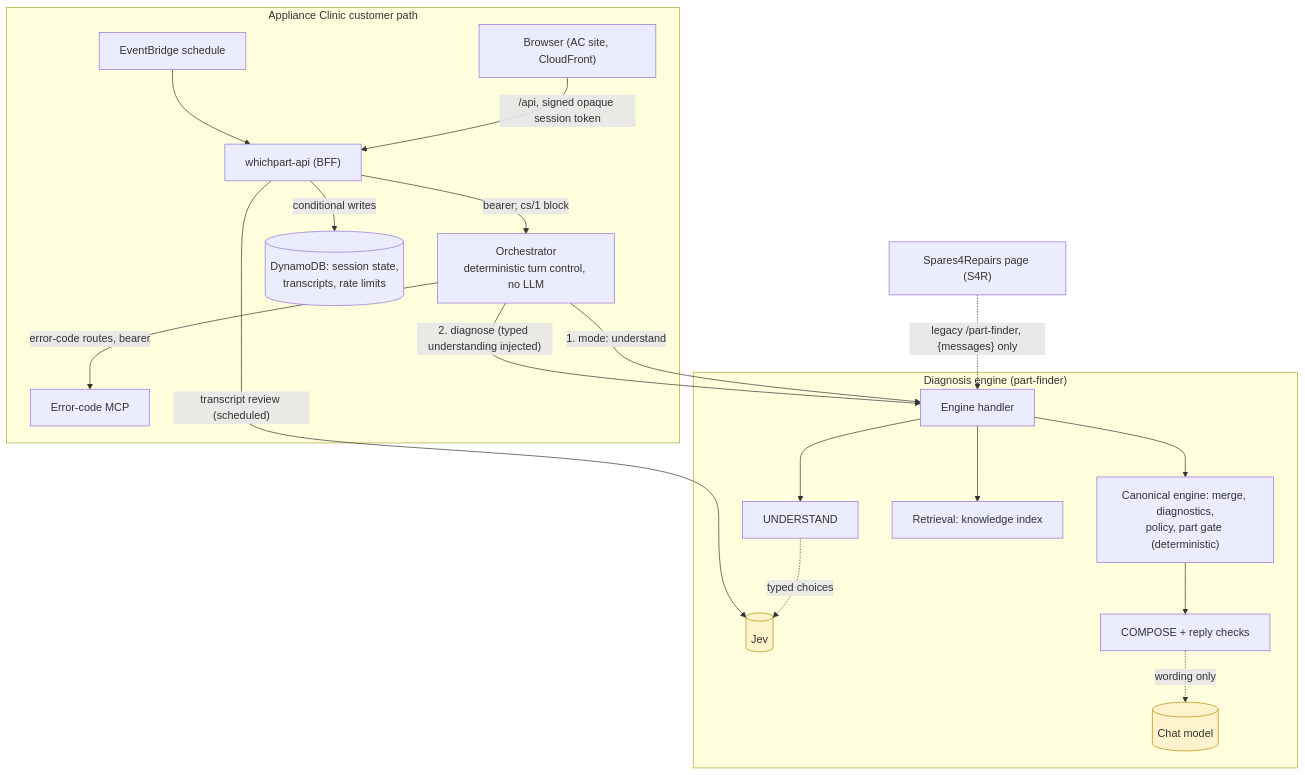
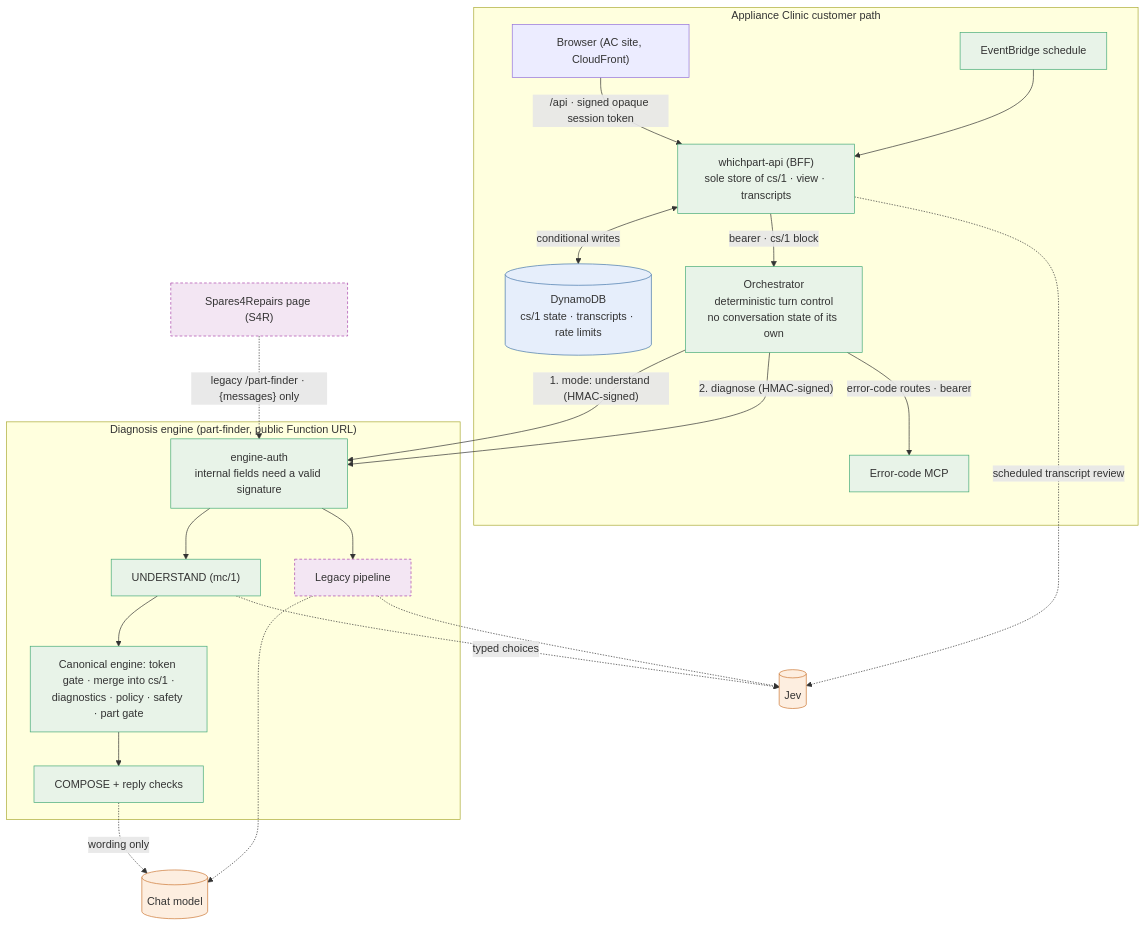
One commit to timdodgson/appliance-clinic changed the diagram in docs/architecture/overview.md. Above: the diagram before and after it, drawn with Mermaid. The commit also changed other lines of this file and 11 other files, not shown here.

````diff
--- a/docs/architecture/overview.md
+++ b/docs/architecture/overview.md
@@ -10,24 +14,32 @@
 ```mermaid
 flowchart TB
-  subgraph ENG["Diagnosis engine (part-finder)"]
-    E["Engine handler"] --> U["UNDERSTAND"]
-    U -.->|"typed choices"| J[("Jev")]
-    E --> C["Canonical engine: merge, diagnostics,<br/>policy, part gate (deterministic)"]
-    E --> R["Retrieval: knowledge index"]
+  subgraph ENG["Diagnosis engine (part-finder, public Function URL)"]
+    GATE["engine-auth<br/>internal fields need a valid signature"] --> U["UNDERSTAND (mc/1)"]
+    U --> C["Canonical engine: token gate · merge into cs/1 ·<br/>diagnostics · policy · safety · part gate"]
     C --> P["COMPOSE + reply checks"]
-    P -.->|"wording only"| L[("Chat model")]
+    GATE --> LEG["Legacy pipeline"]
   end
   subgraph AC["Appliance Clinic customer path"]
-    B["Browser (AC site, CloudFront)"] -->|"/api, signed opaque session token"| W["whichpart-api (BFF)"]
-    W -->|"bearer; cs/1 block"| O["Orchestrator<br/>deterministic turn control, no LLM"]
-    O -->|"1. mode: understand"| E
-    O -->|"2. diagnose (typed understanding injected)"| E
-    O -->|"error-code routes, bearer"| M["Error-code MCP"]
-    W -->|"conditional writes"| D[("DynamoDB: session state,<br/>transcripts, rate limits")]
+    B["Browser (AC site, CloudFront)"] -->|"/api · signed opaque session token"| W["whichpart-api (BFF)<br/>sole store of cs/1 · view · transcripts"]
+    W <-->|"conditional writes"| D[("DynamoDB<br/>cs/1 state · transcripts · rate limits")]
+    W -->|"bearer · cs/1 block"| O["Orchestrator<br/>deterministic turn control<br/>no conversation state of its own"]
+    O -->|"1. mode: understand (HMAC-signed)"| GATE
+    O -->|"2. diagnose (HMAC-signed)"| GATE
+    O -->|"error-code routes · bearer"| M["Error-code MCP"]
     T["EventBridge schedule"] --> W
   end
-  W -->|"transcript review (scheduled)"| J
-  S["Spares4Repairs page (S4R)"] -.->|"legacy /part-finder, {messages} only"| E
-  classDef llm fill:#fff3cd,stroke:#b58900;
-  class J,L llm;
+  U -.->|"typed choices"| J[("Jev")]
+  P -.->|"wording only"| L[("Chat model")]
+  LEG -.-> J
+  LEG -.-> L
+  W -.->|"scheduled transcript review"| J
+  S["Spares4Repairs page (S4R)"] -.->|"legacy /part-finder · {messages} only"| GATE
+  classDef det fill:#e8f3e8,stroke:#4a7;
+  classDef model fill:#fdeee0,stroke:#c73;
+  classDef state fill:#e6eefb,stroke:#47a;
+  classDef s4r fill:#f3e6f3,stroke:#a4a,stroke-dasharray: 4 3;
+  class W,O,M,GATE,U,C,P,T det
+  class J,L model
+  class D state
+  class S,LEG s4r
 ```
````
